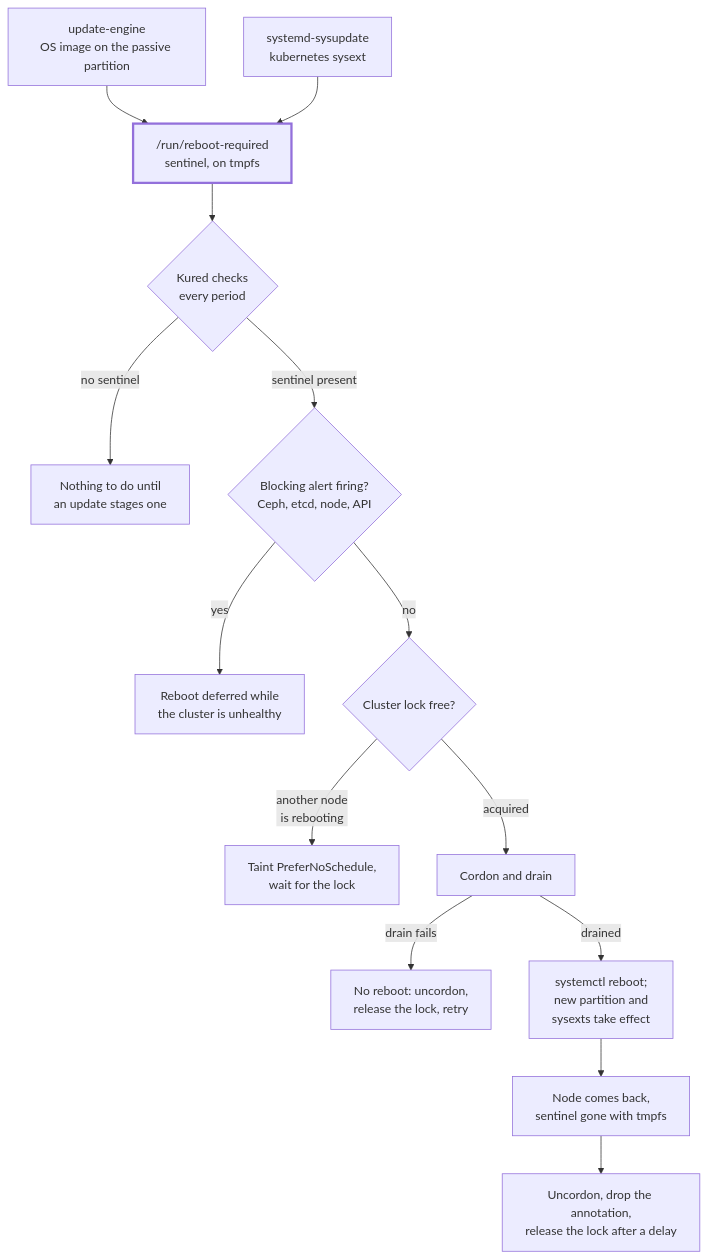
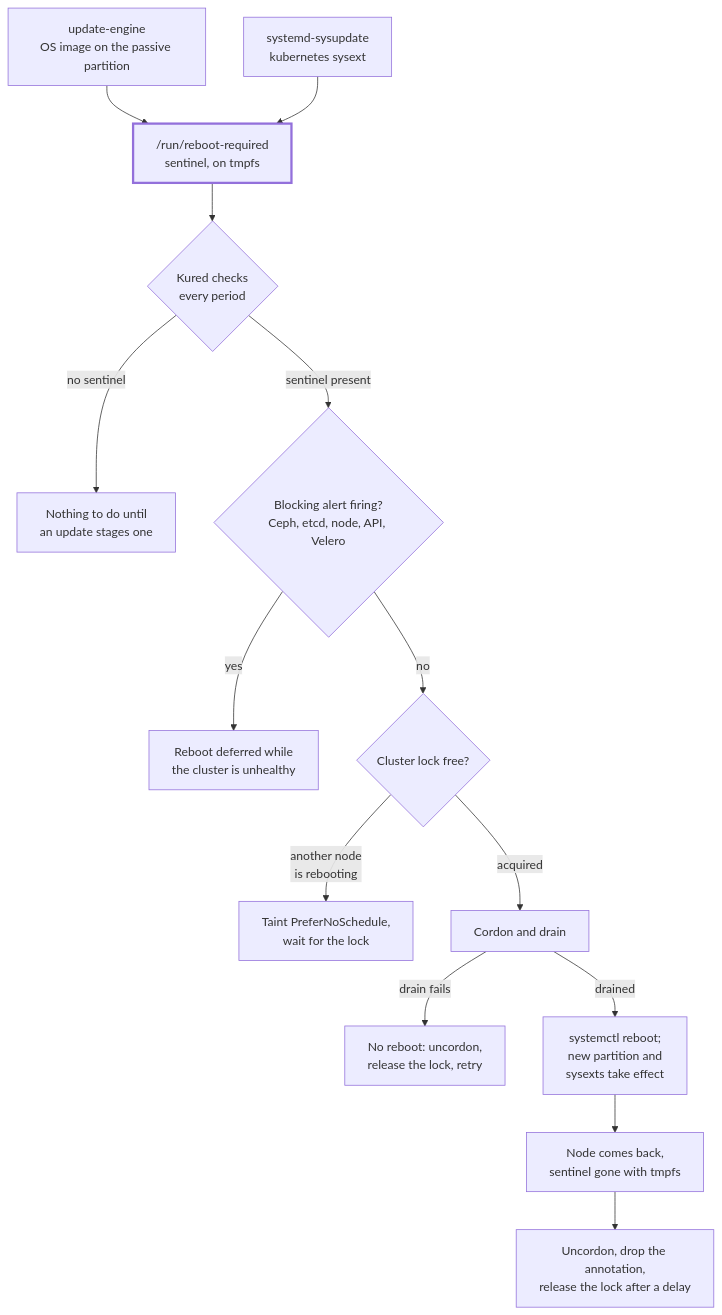
The diagram in docs/platform/kured.md (JanWelker/homelab), drawn with Mermaid before and after one commit. The commit also changed other lines of this file and 4 other files, not shown here.

````diff
--- a/docs/platform/kured.md
+++ b/docs/platform/kured.md
@@ -34,20 +34,20 @@
 ```mermaid
 flowchart TD
     OS["update-engine<br/>OS image on the passive partition"] --> SEN
     KUBE["systemd-sysupdate<br/>kubernetes sysext"] --> SEN
 
     SEN["/run/reboot-required<br/>sentinel, on tmpfs"] --> TICK{"Kured checks<br/>every period"}
 
     TICK -->|"no sentinel"| SLEEP["Nothing to do until<br/>an update stages one"]
-    TICK -->|"sentinel present"| ALERT{"Blocking alert firing?<br/>Ceph, etcd, node, API"}
+    TICK -->|"sentinel present"| ALERT{"Blocking alert firing?<br/>Ceph, etcd, node, API, Velero"}
     ALERT -->|"yes"| HELD["Reboot deferred while<br/>the cluster is unhealthy"]
     ALERT -->|"no"| LOCK{"Cluster lock free?"}
     LOCK -->|"another node<br/>is rebooting"| TAINT["Taint PreferNoSchedule,<br/>wait for the lock"]
     LOCK -->|"acquired"| DRAIN["Cordon and drain"]
     DRAIN -->|"drain fails"| GIVEUP["No reboot: uncordon,<br/>release the lock, retry"]
     DRAIN -->|"drained"| BOOT["systemctl reboot;<br/>new partition and<br/>sysexts take effect"]
     BOOT --> UP["Node comes back,<br/>sentinel gone with tmpfs"]
     UP --> DONE["Uncordon, drop the annotation,<br/>release the lock after a delay"]
 
     style SEN stroke-width:3px
 ```
````
